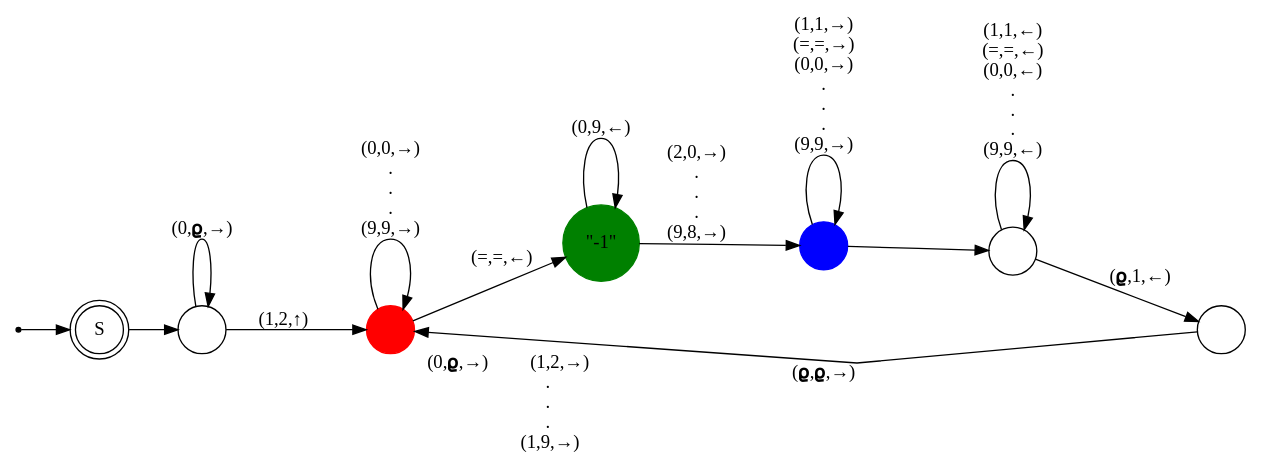
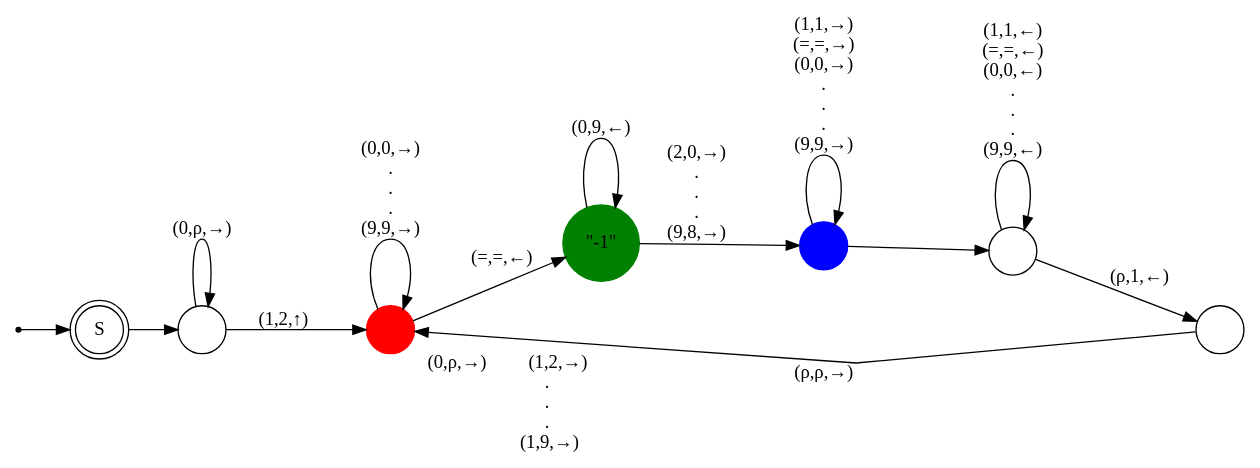
One commit to krook1024-uni-archive/textbook changed the diagram in pictures/turing.gv. Above: the diagram before and after it, drawn with Graphviz. The commit also changed 1 other file, not shown here.

```diff
--- a/pictures/turing.gv
+++ b/pictures/turing.gv
@@ -1,38 +1,38 @@
 digraph unary_to_binary {
     rankdir=LR;
     size="20";
     splines=false;
     nodesep=0.7;
     ranksep=0.5;
 
     node [shape = doublecircle]; S;
     node [shape = point label = ""]; qi
 
     node [shape = circle];
     qi -> S;
     S  -> q1 [ label = ""];
 	q1 -> q2 [ label = "(1,2,↑)" ] ;
 	q2 -> q3 [ label = "(=,=,←)" ];
 	q3 -> q4 [ label = "(2,0,→)\n.\n.\n.\n(9,8,→)" ];
 	q4 -> q5 [ label = "" ];
-	q5 -> q6 [ label = "(𝛠,1,←)" ];
-	q6 -> q2 [ headlabel="\n(0,𝛠,→)         (1,2,→)\n                  .\n\                  .\n                  .\n                   (1,9,→)" label = "(𝛠,𝛠,→)" ];
+	q5 -> q6 [ label = "(ρ,1,←)" ];
+	q6 -> q2 [ headlabel="\n(0,ρ,→)         (1,2,→)\n                  .\n\                  .\n                  .\n                   (1,9,→)" label = "(ρ,ρ,→)" ];
 
-	q1->q1 [ label = "(0,𝛠,→)" ];
+	q1->q1 [ label = "(0,ρ,→)" ];
 	q2->q2 [ label = "(0,0,→)\n.\n.\n.\n(9,9,→)" ];
 	q3->q3 [ label = "(0,9,←)" ];
 	q4->q4 [ label = "(1,1,→)\n(=,=,→)\n(0,0,→)\n.\n.\n.\n(9,9,→)" ];
 	q5->q5 [ label = "(1,1,←)\n(=,=,←)\n(0,0,←)\n.\n.\n.\n(9,9,←)"];
 
 	q2 [ style=filled color = red ];
 	q3 [ style=filled color = green label = "\"-1\""];
 	q4 [ style=filled color = blue ];
 
 }
 
 
 # ←
 # ↑
 # →
 # ↓
 # dot -Tpng turing.gv -o Turing.png
```
